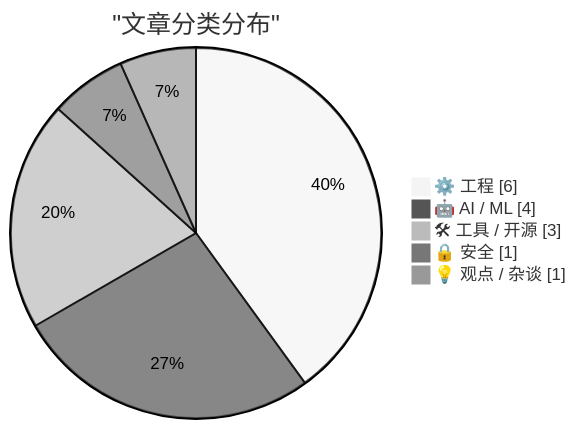
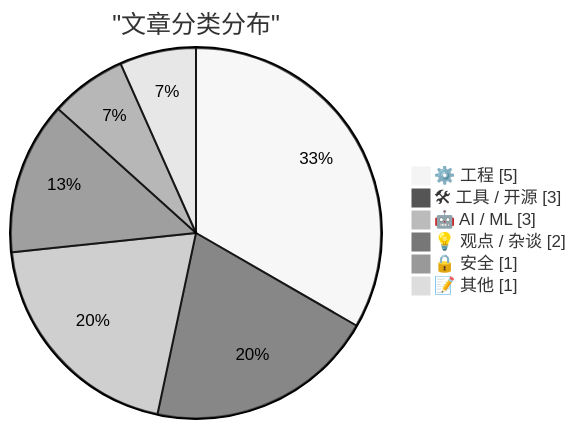
Before and after one commit to AlexJJ009/ai-daily-digest-v2: the first of 2 diagrams in docs/digest-20260815.md, drawn with Mermaid (neutral theme). The commit also changed other lines of this file and 2 other files, not shown here.

````diff
--- a/docs/digest-20260815.md
+++ b/docs/digest-20260815.md
@@ -53,9 +53,10 @@
 ```mermaid
 pie showData
     title "文章分类分布"
-    "⚙️ 工程" : 6
-    "🤖 AI / ML" : 4
+    "⚙️ 工程" : 5
     "🛠 工具 / 开源" : 3
+    "🤖 AI / ML" : 3
+    "💡 观点 / 杂谈" : 2
     "🔒 安全" : 1
-    "💡 观点 / 杂谈" : 1
+    "📝 其他" : 1
 ```
````
